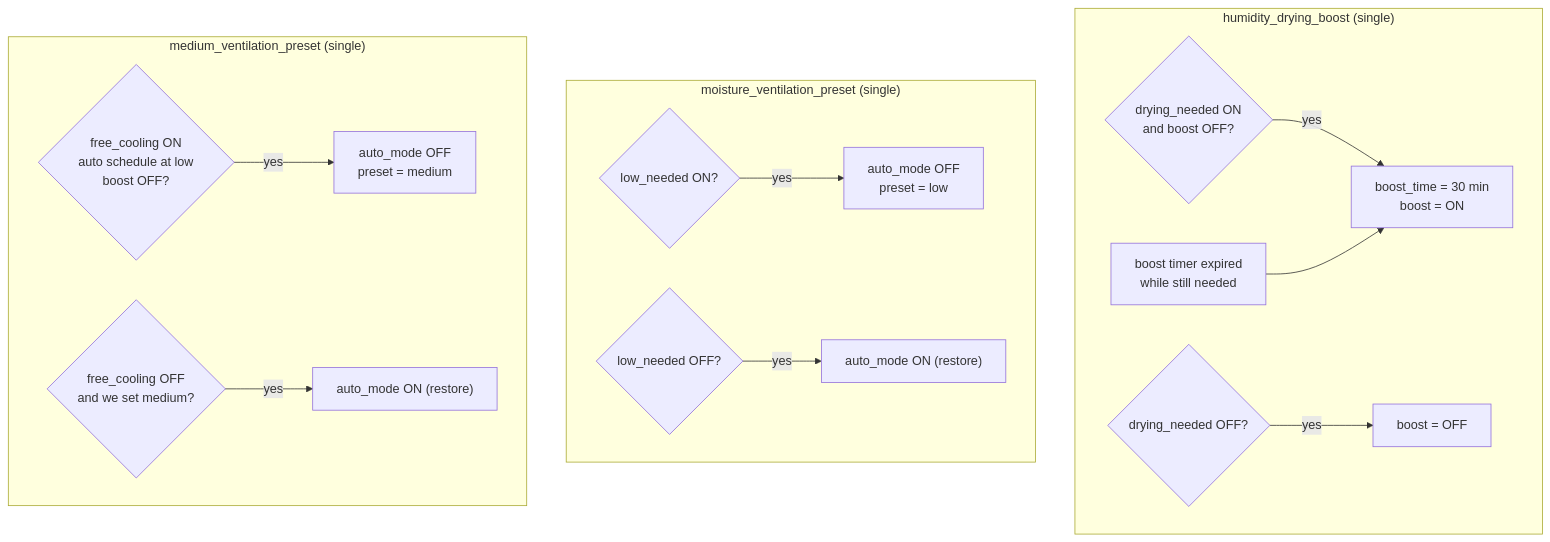
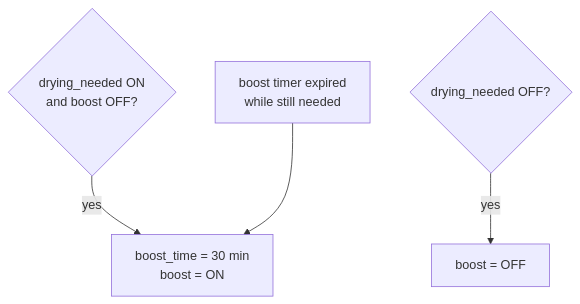
Before and after one commit to mikopp/homeassistent-config: the seventh of 8 diagrams in plans/airflow-cooling-architecture.md, drawn with Mermaid. The commit also changed other lines of this file, not shown here.

Commit message:
update architecture

````diff
--- a/plans/airflow-cooling-architecture.md
+++ b/plans/airflow-cooling-architecture.md
@@ -298,18 +345,6 @@
 ```mermaid
 flowchart TD
-    subgraph BOOST["humidity_drying_boost (single)"]
-        DRon{"drying_needed ON<br/>and boost OFF?"} -- yes --> SB["boost_time = 30 min<br/>boost = ON"]
-        DRoff{"drying_needed OFF?"} -- yes --> CB["boost = OFF"]
-        EXP["boost timer expired<br/>while still needed"] --> SB
-    end
-
-    subgraph LOW["moisture_ventilation_preset (single)"]
-        LOon{"low_needed ON?"} -- yes --> SL["auto_mode OFF<br/>preset = low"]
-        LOoff{"low_needed OFF?"} -- yes --> RA["auto_mode ON (restore)"]
-    end
-
-    subgraph MED["medium_ventilation_preset (single)"]
-        MEon{"free_cooling ON<br/>auto schedule at low<br/>boost OFF?"} -- yes --> SM["auto_mode OFF<br/>preset = medium"]
-        MEoff{"free_cooling OFF<br/>and we set medium?"} -- yes --> RM["auto_mode ON (restore)"]
-    end
+    DRon{"drying_needed ON<br/>and boost OFF?"} -- yes --> SB["boost_time = 30 min<br/>boost = ON"]
+    DRoff{"drying_needed OFF?"} -- yes --> CB["boost = OFF"]
+    EXP["boost timer expired<br/>while still needed"] --> SB
 ```
````
